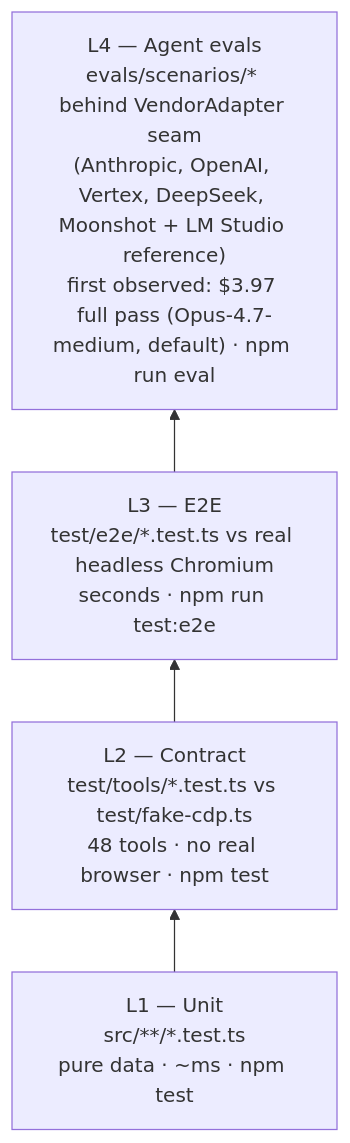
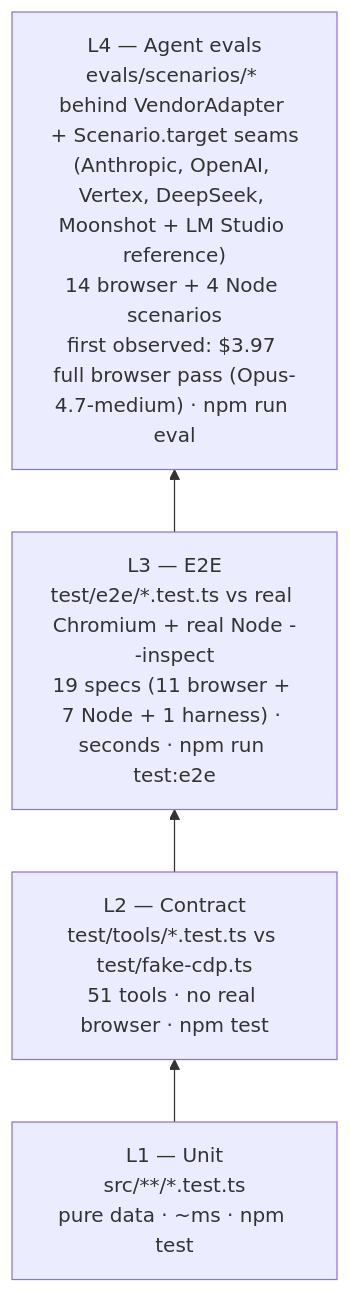
One commit to lcjanke2020/lynceus changed the sixth of 6 diagrams in docs/ARCHITECTURE.md. Above: the diagram before and after it, drawn with Mermaid. The commit also changed other lines of this file and 7 other files, not shown here.

````diff
--- a/docs/ARCHITECTURE.md
+++ b/docs/ARCHITECTURE.md
@@ -159,8 +169,8 @@
 ```mermaid
 flowchart BT
     L1["L1 — Unit<br/>src/**/*.test.ts<br/>pure data · ~ms · npm test"]
-    L2["L2 — Contract<br/>test/tools/*.test.ts vs test/fake-cdp.ts<br/>48 tools · no real browser · npm test"]
-    L3["L3 — E2E<br/>test/e2e/*.test.ts vs real headless Chromium<br/>seconds · npm run test:e2e"]
-    L4["L4 — Agent evals<br/>evals/scenarios/* behind VendorAdapter seam<br/>(Anthropic, OpenAI, Vertex, DeepSeek, Moonshot + LM Studio reference)<br/>first observed: $3.97 full pass (Opus-4.7-medium, default) · npm run eval"]
+    L2["L2 — Contract<br/>test/tools/*.test.ts vs test/fake-cdp.ts<br/>51 tools · no real browser · npm test"]
+    L3["L3 — E2E<br/>test/e2e/*.test.ts vs real Chromium + real Node --inspect<br/>19 specs (11 browser + 7 Node + 1 harness) · seconds · npm run test:e2e"]
+    L4["L4 — Agent evals<br/>evals/scenarios/* behind VendorAdapter + Scenario.target seams<br/>(Anthropic, OpenAI, Vertex, DeepSeek, Moonshot + LM Studio reference)<br/>14 browser + 4 Node scenarios<br/>first observed: $3.97 full browser pass (Opus-4.7-medium) · npm run eval"]
     L1 --> L2 --> L3 --> L4
 ```
````
